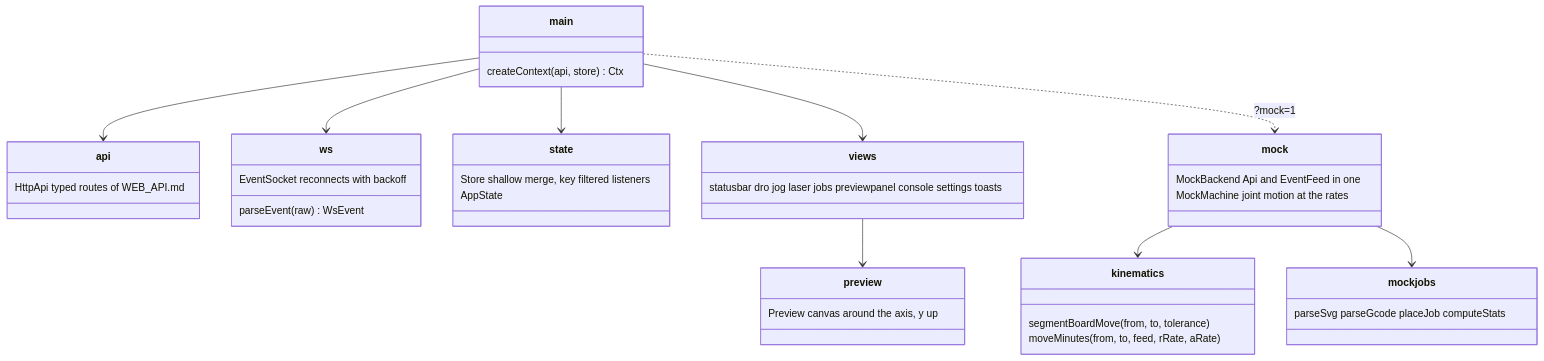
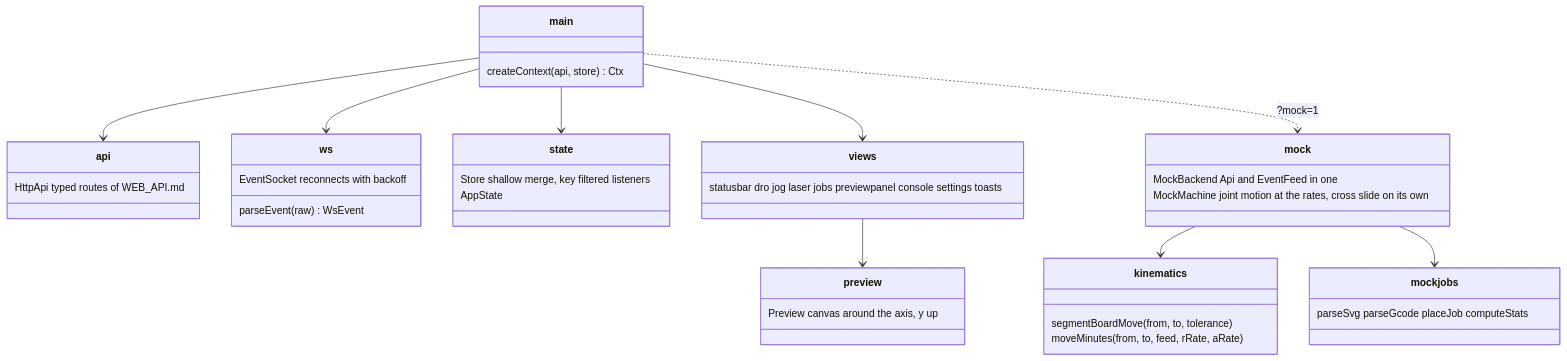
One commit to tmpk13/spinny-cnc changed the diagram in web/frontend/README.md. Above: the diagram before and after it, drawn with Mermaid. The commit also changed other lines of this file and 37 other files, not shown here.

First line of the commit message:
Add the cross slide as a setup axis, in the firmware and the web interface

````diff
--- a/web/frontend/README.md
+++ b/web/frontend/README.md
@@ -23,42 +25,42 @@
 ```mermaid
 classDiagram
     class main {
         createContext(api, store) Ctx
     }
     class api {
         HttpApi  typed routes of WEB_API.md
     }
     class ws {
         EventSocket  reconnects with backoff
         parseEvent(raw) WsEvent
     }
     class state {
         Store  shallow merge, key filtered listeners
         AppState
     }
     class views {
         statusbar dro jog laser jobs previewpanel console settings toasts
     }
     class preview {
         Preview  canvas around the axis, y up
     }
     class kinematics {
         segmentBoardMove(from, to, tolerance)
         moveMinutes(from, to, feed, rRate, aRate)
     }
     class mock {
         MockBackend  Api and EventFeed in one
-        MockMachine  joint motion at the rates
+        MockMachine  joint motion at the rates, cross slide on its own
     }
     class mockjobs {
         parseSvg parseGcode placeJob computeStats
     }
     main --> api
     main --> ws
     main --> state
     main --> views
     views --> preview
     mock --> kinematics
     mock --> mockjobs
     main ..> mock : ?mock=1
 ```
````
